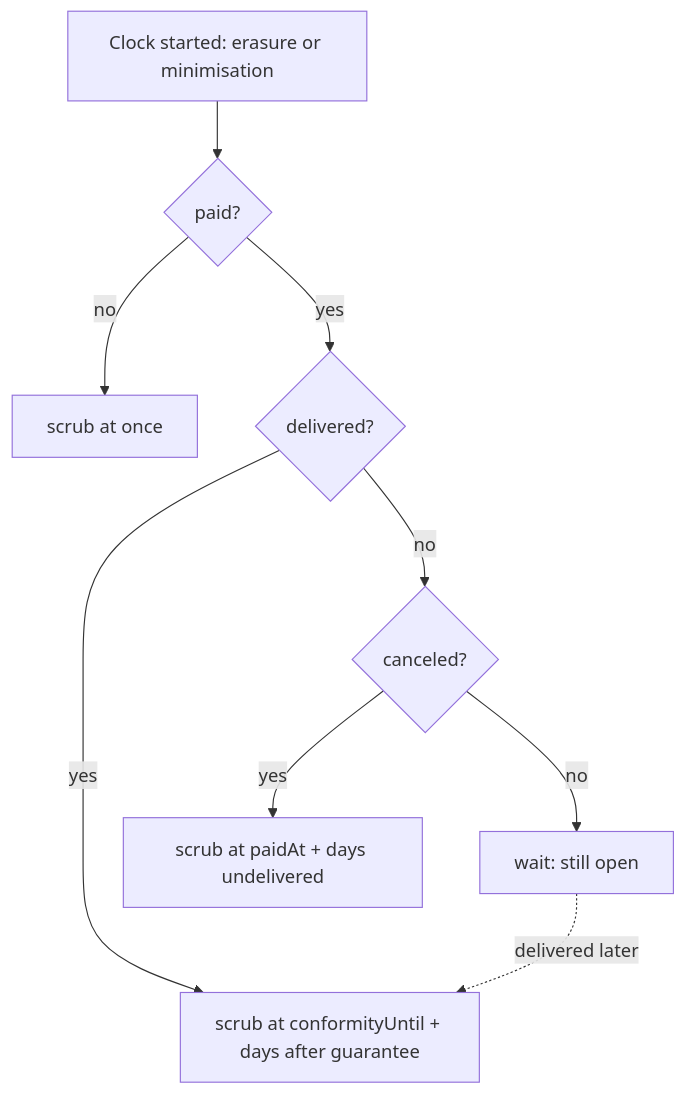
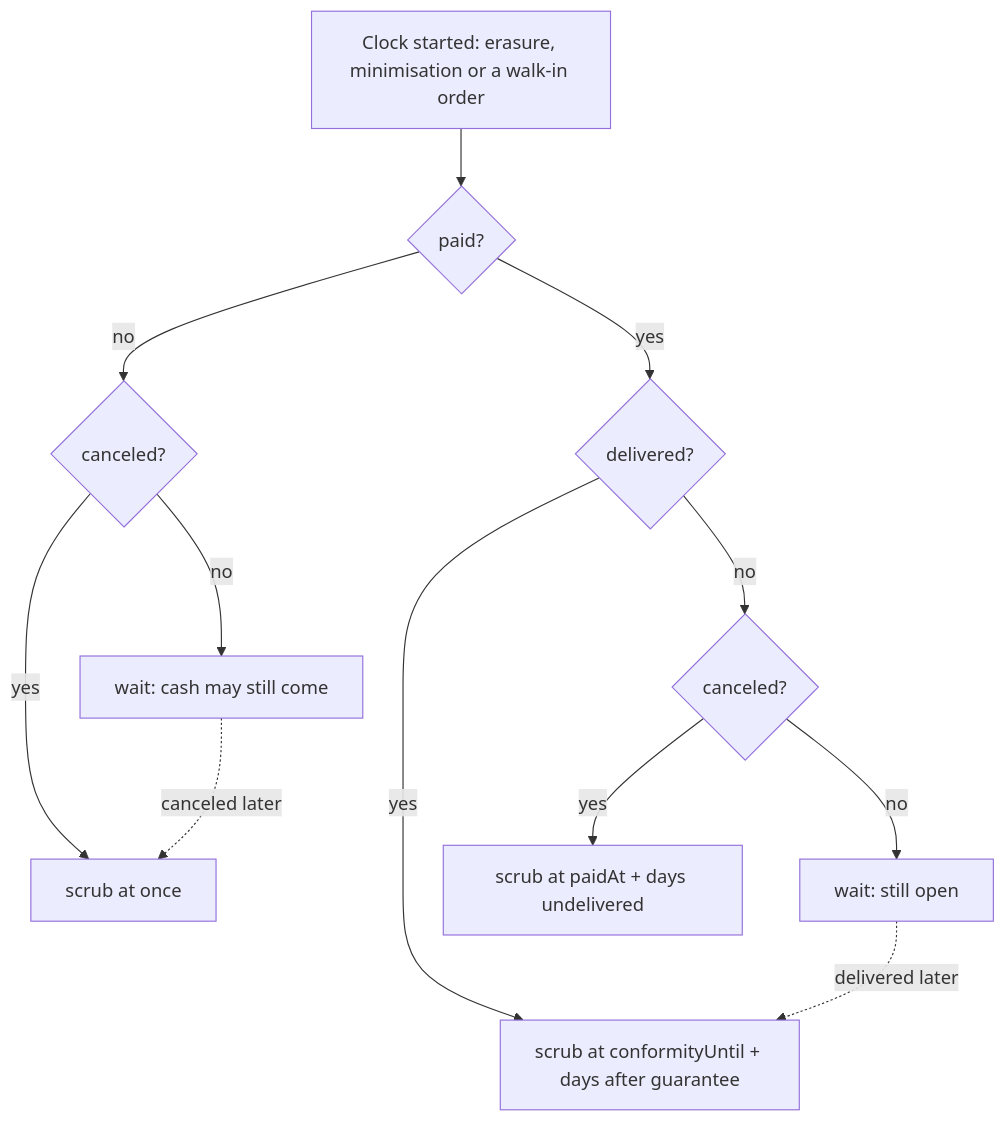
Before and after one commit to Guebbit/boilerplate-node-backend: the first of 2 diagrams in docs/understand/data-retention-orders.md, drawn with Mermaid. The commit also changed other lines of this file and 19 other files, not shown here.

First line of the commit message:
feat(orders): let staff place a walk-in order with no account, retention clock from creation

````diff
--- a/docs/understand/data-retention-orders.md
+++ b/docs/understand/data-retention-orders.md
@@ -24,11 +25,14 @@
 ```mermaid
 flowchart TD
-    A[Clock started: erasure or minimisation] --> B{paid?}
-    B -- no --> N[scrub at once]
+    A[Clock started: erasure, minimisation or a walk-in order] --> B{paid?}
+    B -- no --> Q{canceled?}
+    Q -- yes --> N[scrub at once]
+    Q -- no --> W[wait: cash may still come]
+    W -. canceled later .-> N
     B -- yes --> C{delivered?}
     C -- yes --> D[scrub at conformityUntil + days after guarantee]
     C -- no --> E{canceled?}
     E -- yes --> F[scrub at paidAt + days undelivered]
     E -- no --> G[wait: still open]
     G -. delivered later .-> D
 ```
````
